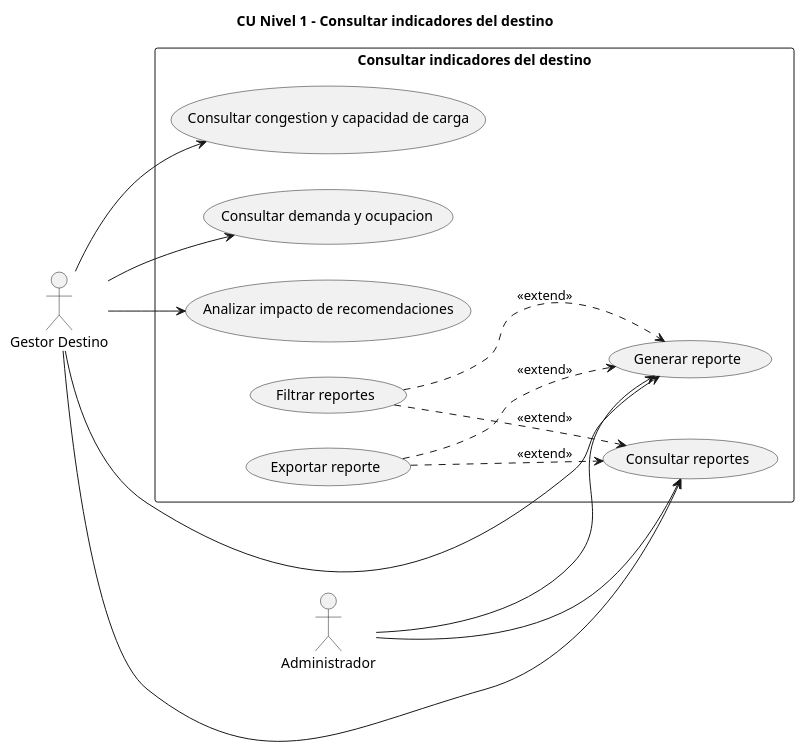
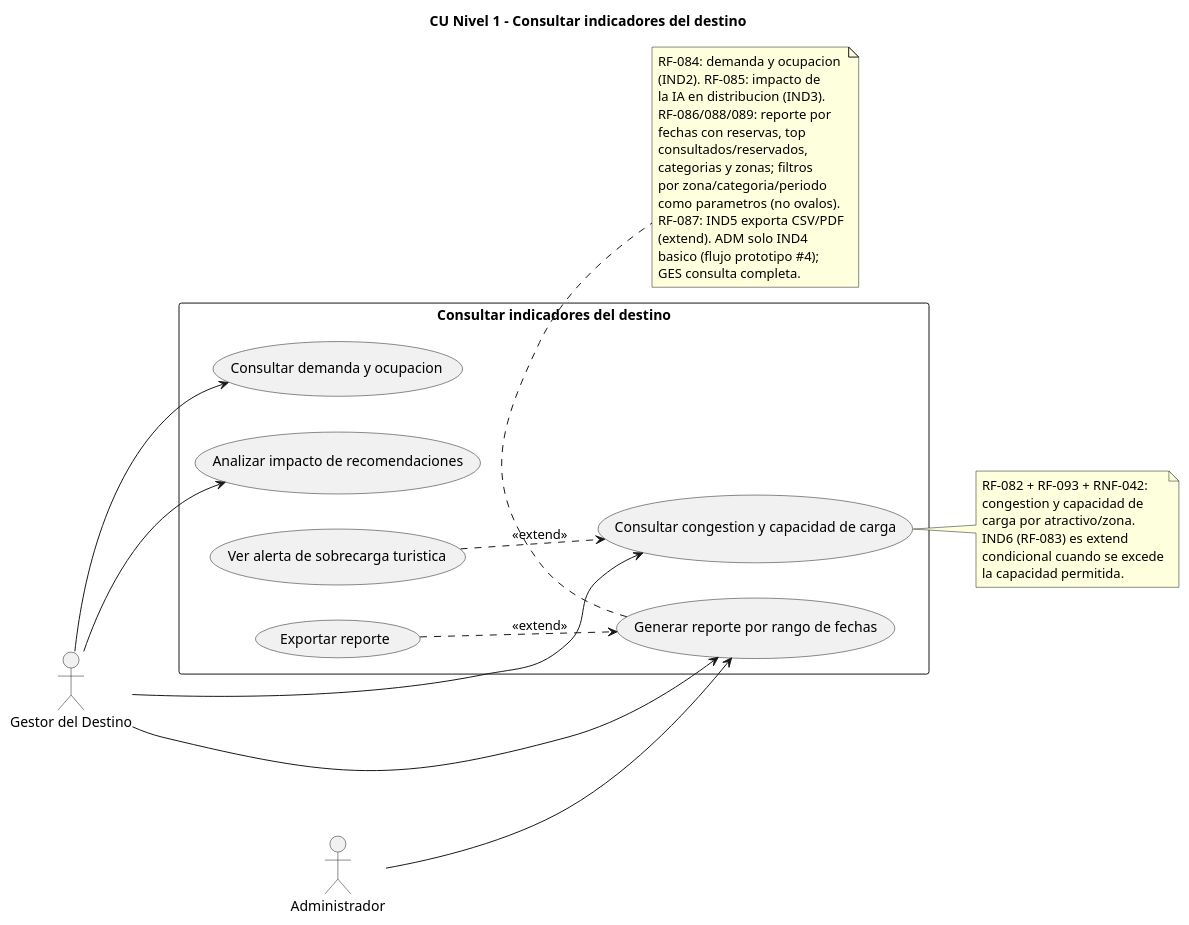
One commit to sebastianCavadia/turismo-santa-marta changed the diagram in docs/02_requisitos/puml/cu-n1-indicadores.puml. Above: the diagram before and after it, drawn with PlantUML. The commit also changed 33 other files, not shown here.

Commit message:
Parcial v0.1: SRS v1.1 115RF+45RNF+9RI, 12 puml Smetana, ADRs RUP-PG-REST-Wompi, fix EXP filtrar como parametro

```diff
--- a/docs/02_requisitos/puml/cu-n1-indicadores.puml
+++ b/docs/02_requisitos/puml/cu-n1-indicadores.puml
@@ -1,31 +1,55 @@
 @startuml CU-N1-Indicadores
-' Nivel 1 - Expande: Consultar indicadores del destino
+' Nivel 1 - Expande: Consultar indicadores del destino (CU_I)
+' Trazabilidad: RF-082..089, RF-093, RNF-042.
+' Correcciones: numeracion secuencial; filtrar es parametro (nota);
+' se fusiona generar/consultar en IND4; ADM solo reporte basico.
+' Alerta de sobrecarga como extend (unifica con EXP3/RES7).
 title CU Nivel 1 - Consultar indicadores del destino
 left to right direction
 
-actor "Gestor Destino" as GES
+actor "Gestor del Destino" as GES
 actor "Administrador" as ADM
 
 rectangle "Consultar indicadores del destino" {
-  usecase "Consultar congestion y capacidad de carga" as I1
-  usecase "Consultar demanda y ocupacion" as I2
-  usecase "Analizar impacto de recomendaciones" as I3
-  usecase "Generar reporte" as I4
-  usecase "Consultar reportes" as I7
-  usecase "Exportar reporte" as I5
-  usecase "Filtrar reportes" as I6
+  usecase "Consultar congestion y capacidad de carga" as IND1
+  usecase "Consultar demanda y ocupacion" as IND2
+  usecase "Analizar impacto de recomendaciones" as IND3
+  usecase "Generar reporte por rango de fechas" as IND4
+  usecase "Exportar reporte" as IND5
+  usecase "Ver alerta de sobrecarga turistica" as IND6
 }
 
-GES --> I1
-GES --> I2
-GES --> I3
-GES --> I4
-GES --> I7
-ADM --> I4
-ADM --> I7
+GES --> IND1
+GES --> IND2
+GES --> IND3
+GES --> IND4
+ADM --> IND4
 
-I5 ..> I4 : <<extend>>
-I5 ..> I7 : <<extend>>
-I6 ..> I4 : <<extend>>
-I6 ..> I7 : <<extend>>
+IND5 ..> IND4 : <<extend>>
+IND6 ..> IND1 : <<extend>>
+
+note right of IND1
+  RF-082 + RF-093 + RNF-042:
+  congestion y capacidad de
+  carga por atractivo/zona.
+  IND6 (RF-083) es extend
+  condicional cuando se excede
+  la capacidad permitida.
+end note
+
+note bottom of IND4
+  RF-084: demanda y ocupacion
+  (IND2). RF-085: impacto de
+  la IA en distribucion (IND3).
+  RF-086/088/089: reporte por
+  fechas con reservas, top
+  consultados/reservados,
+  categorias y zonas; filtros
+  por zona/categoria/periodo
+  como parametros (no ovalos).
+  RF-087: IND5 exporta CSV/PDF
+  (extend). ADM solo IND4
+  basico (flujo prototipo #4);
+  GES consulta completa.
+end note
 @enduml
```
